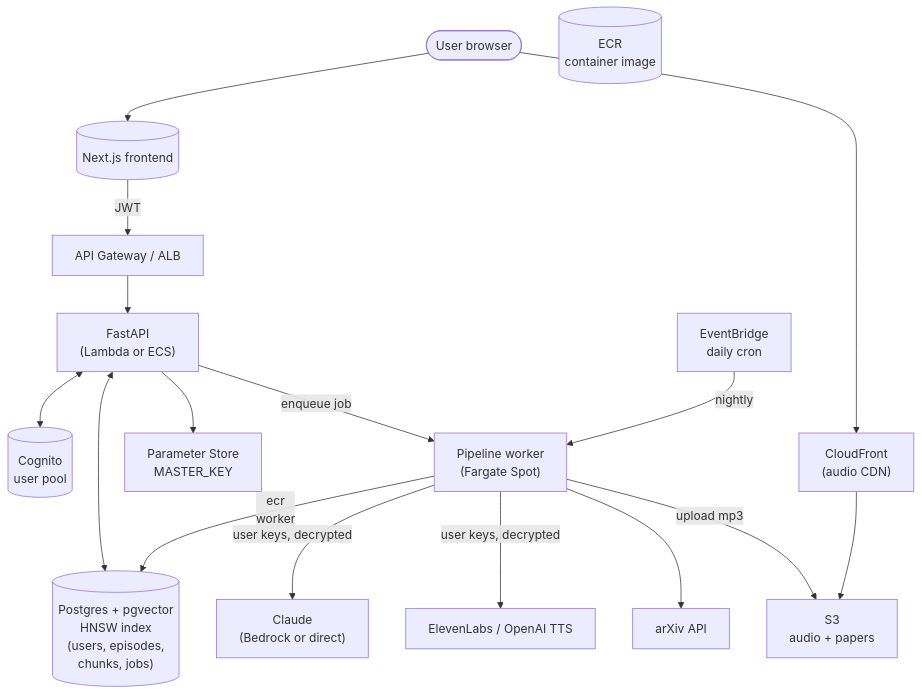
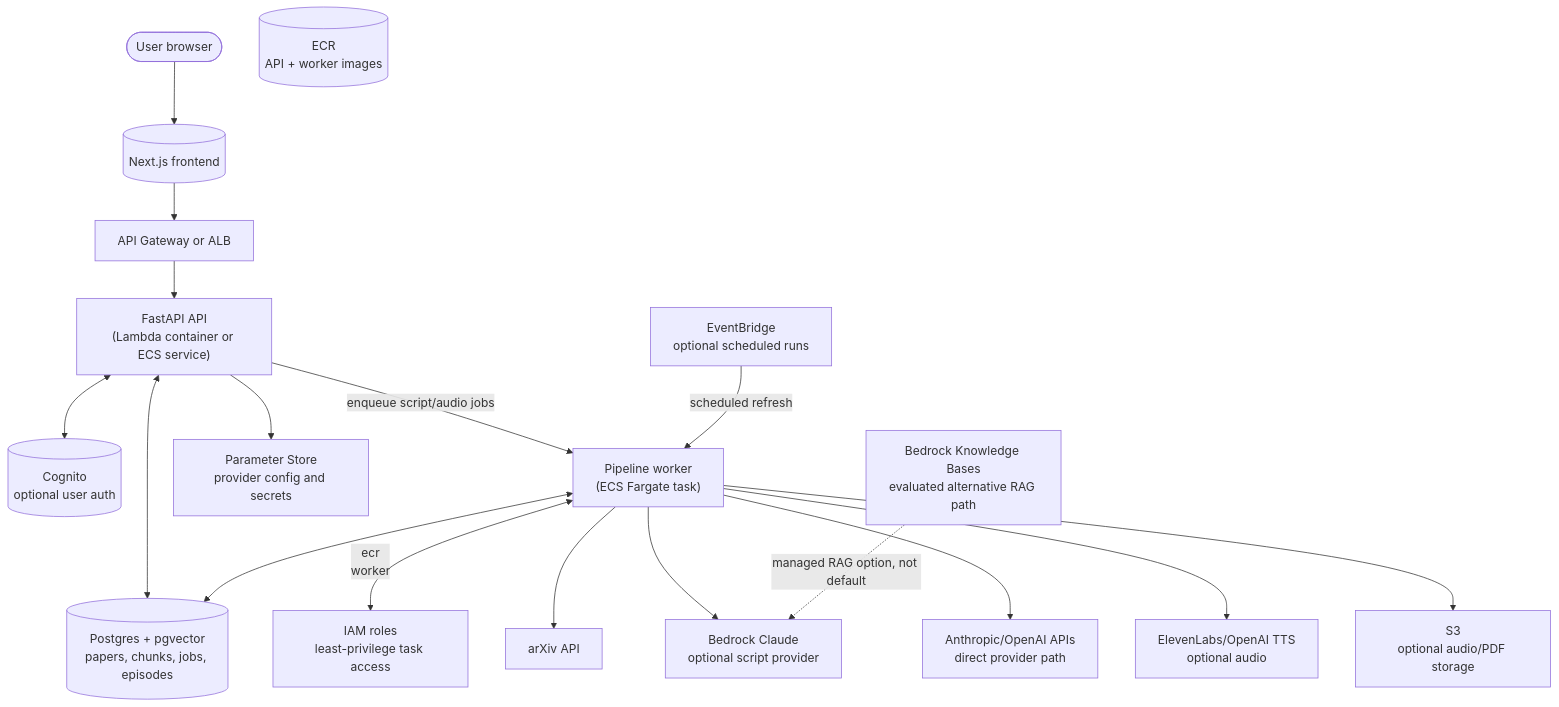
The diagram in README.md (alvinn6o/Neuropod-Research-Paper-Podcasts), drawn with Mermaid before and after one commit. The commit also changed other lines of this file and 38 other files, not shown here.

First line of the commit message:
Fix /ask: LLM in the loop, metadata in context, PDF sections for live papers

````diff
--- a/README.md
+++ b/README.md
@@ -67,35 +77,38 @@
 ```mermaid
 flowchart TB
   user(["User browser"])
-  vercel[("Next.js frontend")]
-  cf["CloudFront<br/>(audio CDN)"]
-  apigw["API Gateway / ALB"]
-  api["FastAPI<br/>(Lambda or ECS)"]
-  cognito[("Cognito<br/>user pool")]
-  worker["Pipeline worker<br/>(Fargate Spot)"]
-  ecr[("ECR<br/>container image")]
-  eb["EventBridge<br/>daily cron"]
-  pg[("Postgres + pgvector<br/>HNSW index<br/>(users, episodes,<br/>chunks, jobs)")]
-  s3["S3<br/>audio + papers"]
-  pstore["Parameter Store<br/>MASTER_KEY"]
-  llm["Claude<br/>(Bedrock or direct)"]
-  tts["ElevenLabs / OpenAI TTS"]
+  web[("Next.js frontend")]
+  apigw["API Gateway or ALB"]
+  api["FastAPI API<br/>(Lambda container or ECS service)"]
+  cognito[("Cognito<br/>optional user auth")]
+  worker["Pipeline worker<br/>(ECS Fargate task)"]
+  ecr[("ECR<br/>API + worker images")]
+  eb["EventBridge<br/>optional scheduled runs"]
+  pg[("Postgres + pgvector<br/>papers, chunks, jobs, episodes")]
+  s3["S3<br/>optional audio/PDF storage"]
+  ssm["Parameter Store<br/>provider config and secrets"]
+  iam["IAM roles<br/>least-privilege task access"]
+  bedrock["Bedrock Claude<br/>optional script provider"]
+  direct["Anthropic/OpenAI APIs<br/>direct provider path"]
+  kb["Bedrock Knowledge Bases<br/>evaluated alternative RAG path"]
+  tts["ElevenLabs/OpenAI TTS<br/>optional audio"]
   arxiv["arXiv API"]
 
-  user --> vercel
-  user --> cf
-  vercel -->|JWT| apigw
+  user --> web
+  web --> apigw
   apigw --> api
   api <--> cognito
   api <--> pg
-  api --> pstore
-  cf --> s3
-  api -->|enqueue job| worker
-  eb -->|nightly| worker
+  api --> ssm
+  api -->|enqueue script/audio jobs| worker
+  eb -->|scheduled refresh| worker
   worker <-- ecr
+  worker --> iam
   worker <--> pg
-  worker -->|user keys, decrypted| llm
-  worker -->|user keys, decrypted| tts
   worker --> arxiv
-  worker -->|upload mp3| s3
+  worker --> bedrock
+  worker --> direct
+  worker --> tts
+  worker --> s3
+  kb -. managed RAG option, not default .-> bedrock
 ```
````
